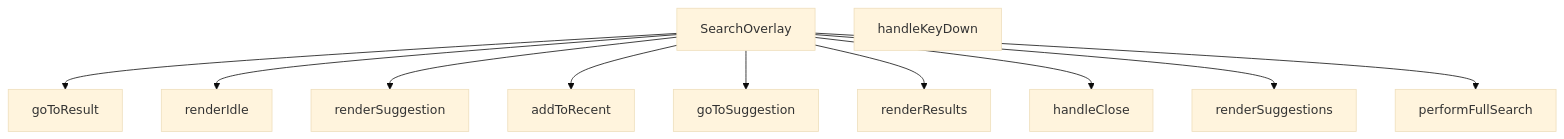
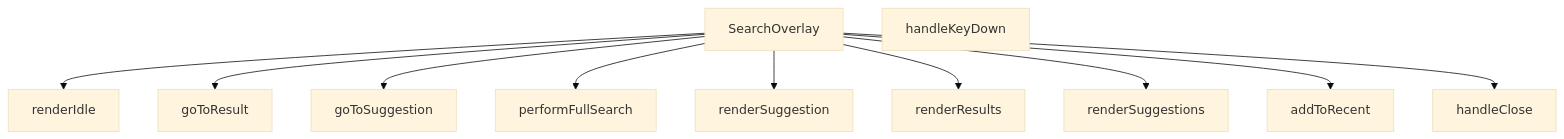
Before and after one commit to peckop/venthub-hvac-esite: the diagram in src/components/SearchOverlay.md, drawn with Mermaid (base theme). The commit also changed other lines of this file and 94 other files, not shown here.

````diff
--- a/src/components/SearchOverlay.md
+++ b/src/components/SearchOverlay.md
@@ -269,23 +269,23 @@
 ```mermaid
 graph TD
     SearchOverlay_tsx__SearchOverlay["SearchOverlay"]
     SearchOverlay_tsx__addToRecent["addToRecent"]
     SearchOverlay_tsx__goToResult["goToResult"]
     SearchOverlay_tsx__goToSuggestion["goToSuggestion"]
     SearchOverlay_tsx__handleClose["handleClose"]
     SearchOverlay_tsx__handleKeyDown["handleKeyDown"]
     SearchOverlay_tsx__performFullSearch["performFullSearch"]
     SearchOverlay_tsx__renderIdle["renderIdle"]
     SearchOverlay_tsx__renderResults["renderResults"]
     SearchOverlay_tsx__renderSuggestion["renderSuggestion"]
     SearchOverlay_tsx__renderSuggestions["renderSuggestions"]
+    SearchOverlay_tsx__SearchOverlay --> SearchOverlay_tsx__renderIdle
     SearchOverlay_tsx__SearchOverlay --> SearchOverlay_tsx__goToResult
-    SearchOverlay_tsx__SearchOverlay --> SearchOverlay_tsx__renderIdle
+    SearchOverlay_tsx__SearchOverlay --> SearchOverlay_tsx__goToSuggestion
+    SearchOverlay_tsx__SearchOverlay --> SearchOverlay_tsx__performFullSearch
     SearchOverlay_tsx__SearchOverlay --> SearchOverlay_tsx__renderSuggestion
+    SearchOverlay_tsx__SearchOverlay --> SearchOverlay_tsx__renderResults
+    SearchOverlay_tsx__SearchOverlay --> SearchOverlay_tsx__renderSuggestions
     SearchOverlay_tsx__SearchOverlay --> SearchOverlay_tsx__addToRecent
-    SearchOverlay_tsx__SearchOverlay --> SearchOverlay_tsx__goToSuggestion
-    SearchOverlay_tsx__SearchOverlay --> SearchOverlay_tsx__renderResults
     SearchOverlay_tsx__SearchOverlay --> SearchOverlay_tsx__handleClose
-    SearchOverlay_tsx__SearchOverlay --> SearchOverlay_tsx__renderSuggestions
-    SearchOverlay_tsx__SearchOverlay --> SearchOverlay_tsx__performFullSearch
 ```
````
